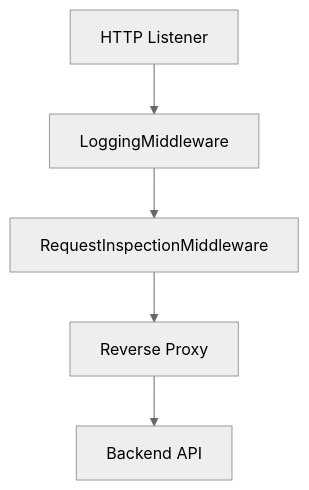
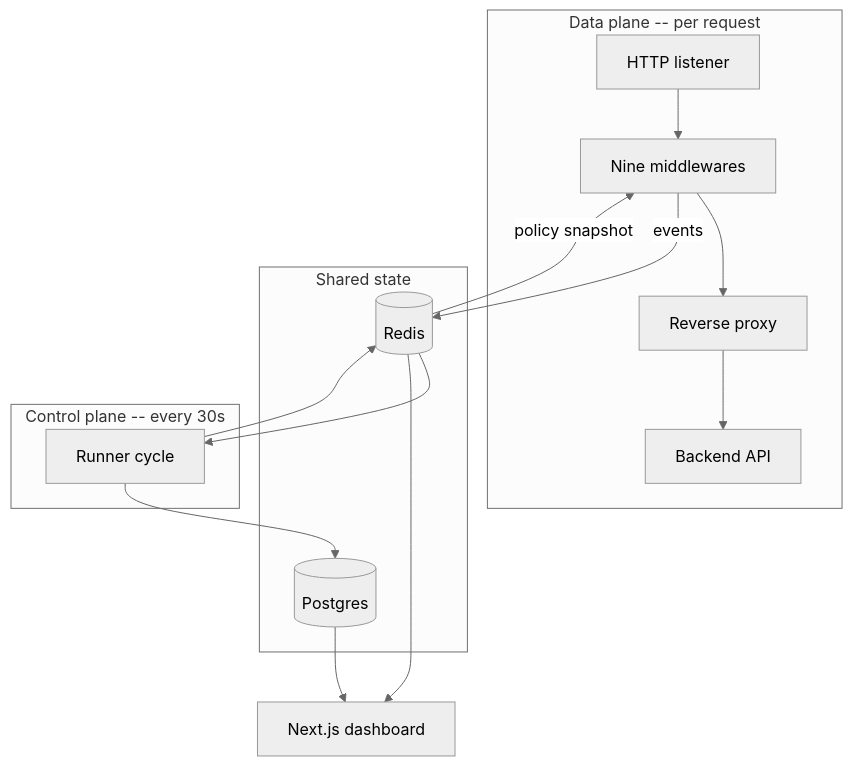
One commit to Adnan-Safdari/Intelligent_API_Security_Gateway changed the diagram in gateway/docs/system-architecture.md. Above: the diagram before and after it, drawn with Mermaid (neutral theme). The commit also changed other lines of this file and 12 other files, not shown here.

````diff
--- a/gateway/docs/system-architecture.md
+++ b/gateway/docs/system-architecture.md
@@ -26,7 +52,25 @@
 ```mermaid
 flowchart TD
-    Listener[HTTP Listener] --> Logging[LoggingMiddleware]
-    Logging --> Inspection[RequestInspectionMiddleware]
-    Inspection --> ReverseProxy[Reverse Proxy]
-    ReverseProxy --> Backend[Backend API]
+    subgraph DataPlane["Data plane -- per request"]
+        Listener[HTTP listener] --> Chain[Nine middlewares]
+        Chain --> RP[Reverse proxy]
+        RP --> Backend[Backend API]
+    end
+
+    subgraph State["Shared state"]
+        Redis[(Redis)]
+        PG[(Postgres)]
+    end
+
+    subgraph ControlPlane["Control plane -- every 30s"]
+        Runner[Runner cycle]
+    end
+
+    Chain -->|events| Redis
+    Redis -->|policy snapshot| Chain
+    Redis --> Runner
+    Runner --> Redis
+    Runner --> PG
+    PG --> Dashboard[Next.js dashboard]
+    Redis --> Dashboard
 ```
````
